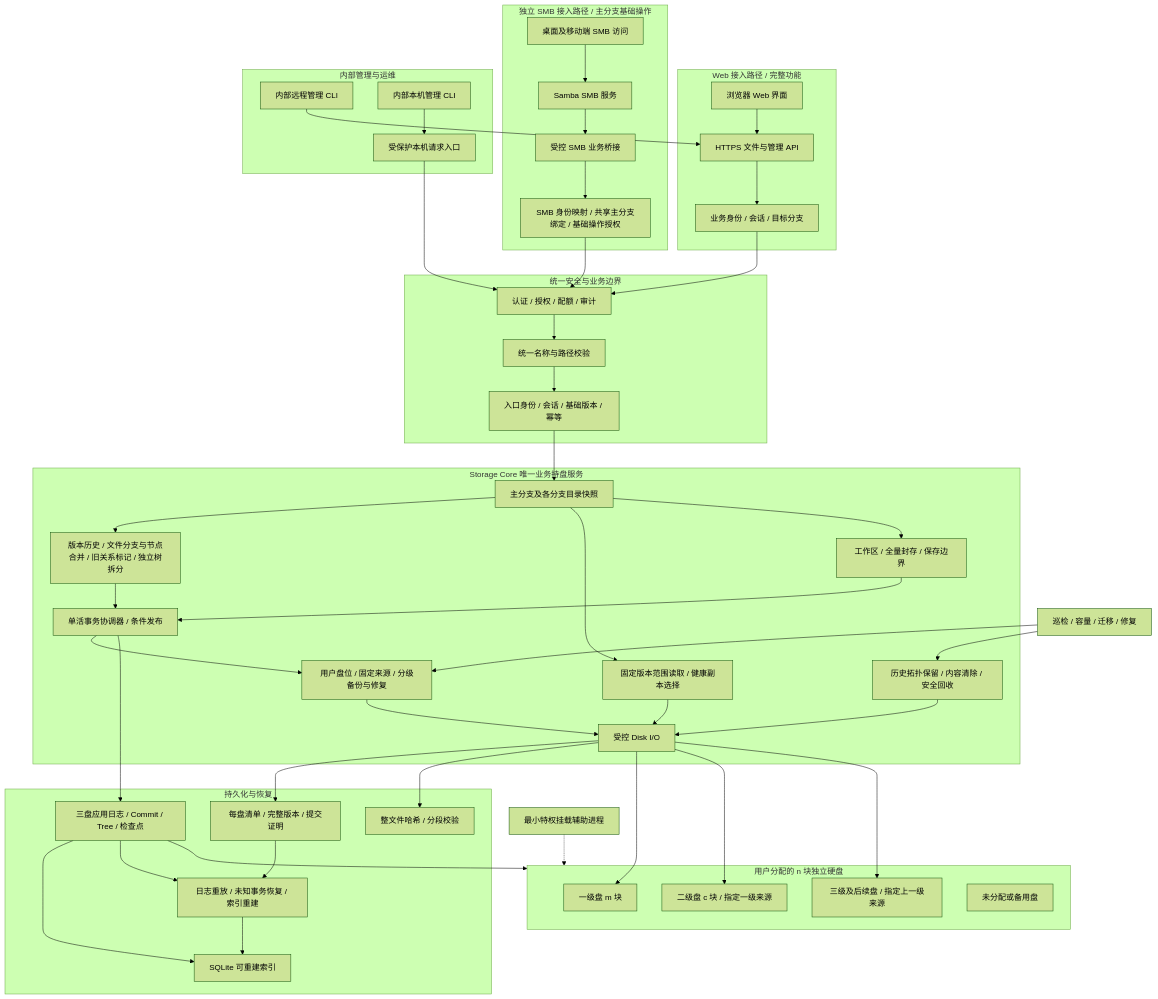
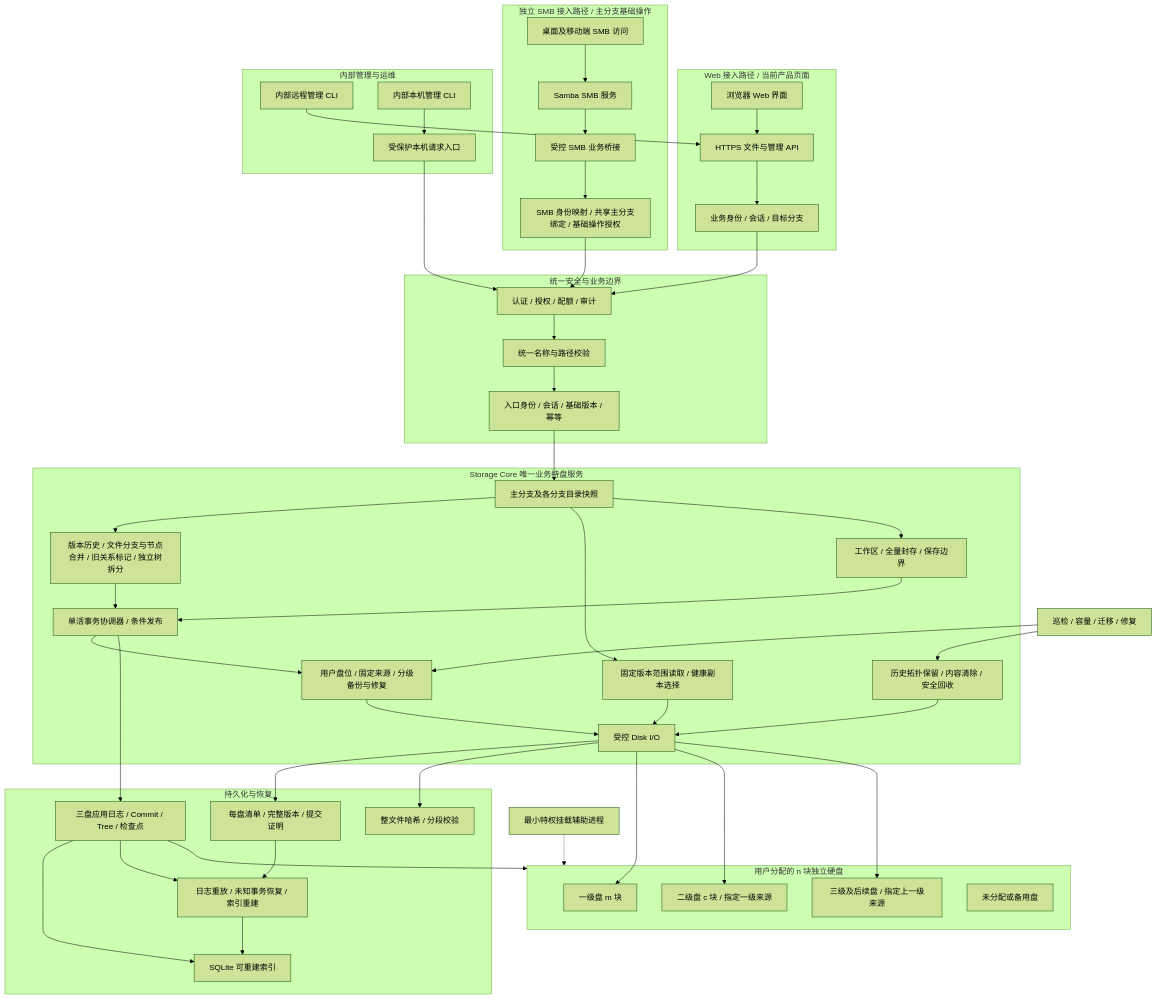
One commit to isarmg/xcs changed the diagram in docs/03-architecture.md. Above: the diagram before and after it, drawn with Mermaid (forest theme). The commit also changed 16 other files, not shown here.

````diff
--- a/docs/03-architecture.md
+++ b/docs/03-architecture.md
@@ -19,82 +19,82 @@
 ```mermaid
 flowchart TB
-    subgraph WEB_ACCESS[Web 接入路径 / 完整功能]
+    subgraph WEB_ACCESS[Web 接入路径 / 当前产品页面]
         WEB[浏览器 Web 界面]
         API[HTTPS 文件与管理 API]
         AAUTH[业务身份 / 会话 / 目标分支]
         WEB --> API
         API --> AAUTH
     end
 
     subgraph SMB_ACCESS[独立 SMB 接入路径 / 主分支基础操作]
         SACCESS[桌面及移动端 SMB 访问]
         SAMBA[Samba SMB 服务]
         SBRIDGE[受控 SMB 业务桥接]
         SAUTH[SMB 身份映射 / 共享主分支绑定 / 基础操作授权]
         SACCESS --> SAMBA
         SAMBA --> SBRIDGE
         SBRIDGE --> SAUTH
     end
 
     subgraph MANAGEMENT[内部管理与运维]
         CLI[内部远程管理 CLI]
         LCLI[内部本机管理 CLI]
         IPC[受保护本机请求入口]
         LCLI --> IPC
     end
     CLI --> API
 
     subgraph C[统一安全与业务边界]
         AUTH[认证 / 授权 / 配额 / 审计]
         NAME[统一名称与路径校验]
         SESS[入口身份 / 会话 / 基础版本 / 幂等]
     end
     AAUTH --> AUTH
     SAUTH --> AUTH
     IPC --> AUTH
     AUTH --> NAME --> SESS
     subgraph DCORE[Storage Core 唯一业务持盘服务]
         NS[主分支及各分支目录快照]
         HIST[版本历史 / 文件分支与节点合并 / 旧关系标记 / 独立树拆分]
         READ[固定版本范围读取 / 健康副本选择]
         WORK[工作区 / 全量封存 / 保存边界]
         TX[单活事务协调器 / 条件发布]
         REP[用户盘位 / 固定来源 / 分级备份与修复]
         GC[历史拓扑保留 / 内容清除 / 安全回收]
         IO[受控 Disk I/O]
     end
     SESS --> NS
     NS --> HIST
     NS --> READ
     NS --> WORK
     HIST --> TX
     WORK --> TX
     TX --> REP --> IO
     READ --> IO
     GC --> IO
     subgraph E[持久化与恢复]
         LOG[三盘应用日志 / Commit / Tree / 检查点]
         IDX[SQLite 可重建索引]
         MAN[每盘清单 / 完整版本 / 提交证明]
         CHECK[整文件哈希 / 分段校验]
         REC[日志重放 / 未知事务恢复 / 索引重建]
     end
     TX --> LOG --> IDX
     IO --> MAN
     IO --> CHECK
     LOG --> REC
     MAN --> REC --> IDX
     subgraph DISKS[用户分配的 n 块独立硬盘]
         P[一级盘 m 块]
         B2[二级盘 c 块 / 指定一级来源]
         B3[三级及后续盘 / 指定上一级来源]
         SP[未分配或备用盘]
     end
     IO --> P
     IO --> B2
     IO --> B3
     LOG --> DISKS
     HELPER[最小特权挂载辅助进程] -.-> DISKS
     MAINT[巡检 / 容量 / 迁移 / 修复] --> REP
     MAINT --> GC
 ```
````
